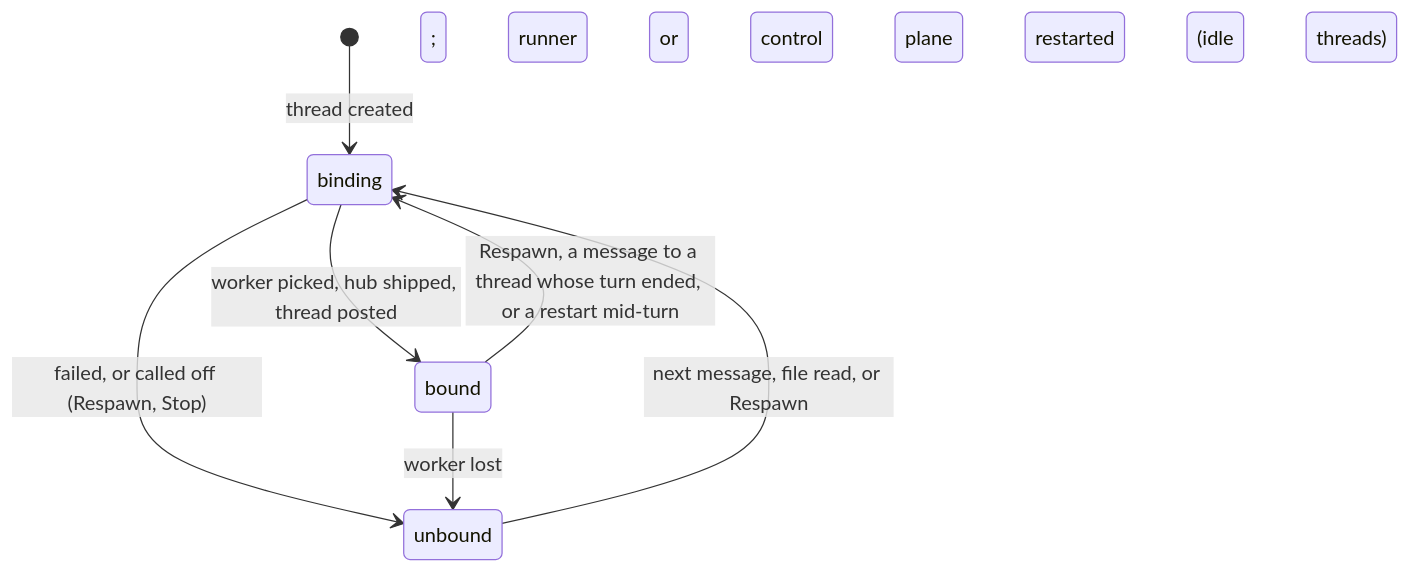
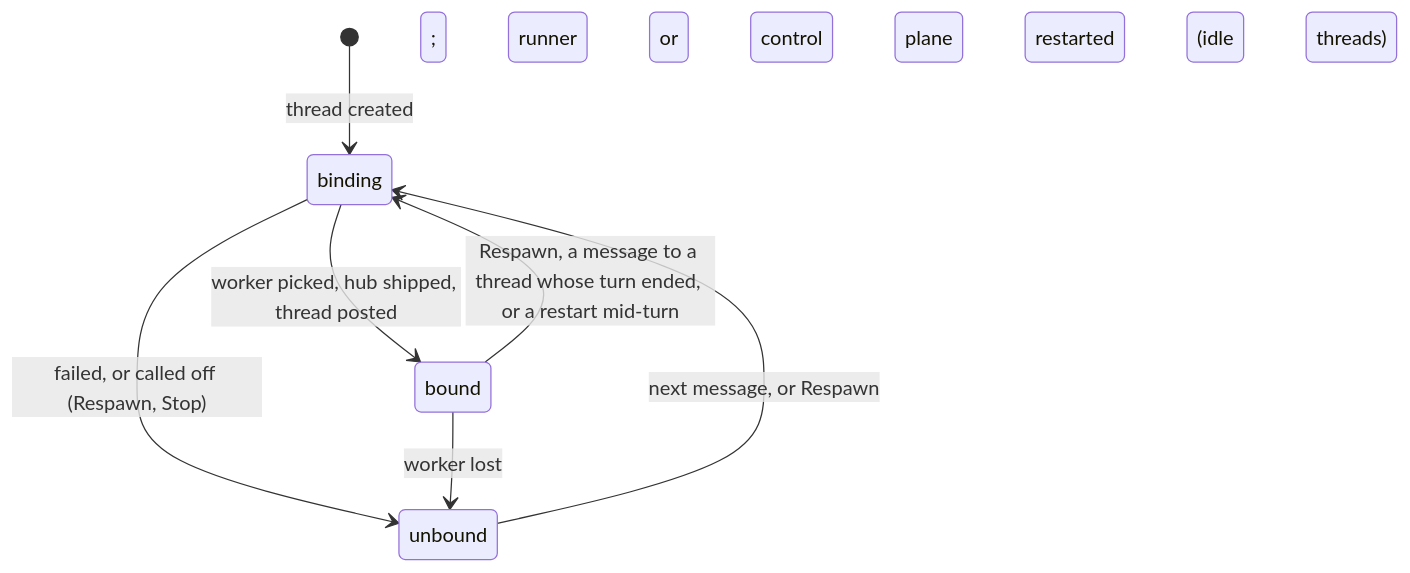
The second of 2 diagrams in docs/worker-lifecycle.md (nandi-conda/orchestrate), drawn with Mermaid before and after one commit. The commit also changed other lines of this file and 9 other files, not shown here.

````diff
--- a/docs/worker-lifecycle.md
+++ b/docs/worker-lifecycle.md
@@ -124,9 +124,9 @@
 ```mermaid
 stateDiagram-v2
     [*] --> binding: thread created
-    unbound --> binding: next message, file read, or Respawn
+    unbound --> binding: next message, or Respawn
     binding --> bound: worker picked, hub shipped, thread posted
     binding --> unbound: failed, or called off (Respawn, Stop)
     bound --> unbound: worker lost; runner or control plane restarted (idle threads)
     bound --> binding: Respawn, a message to a thread whose turn ended, or a restart mid-turn
 ```
````
